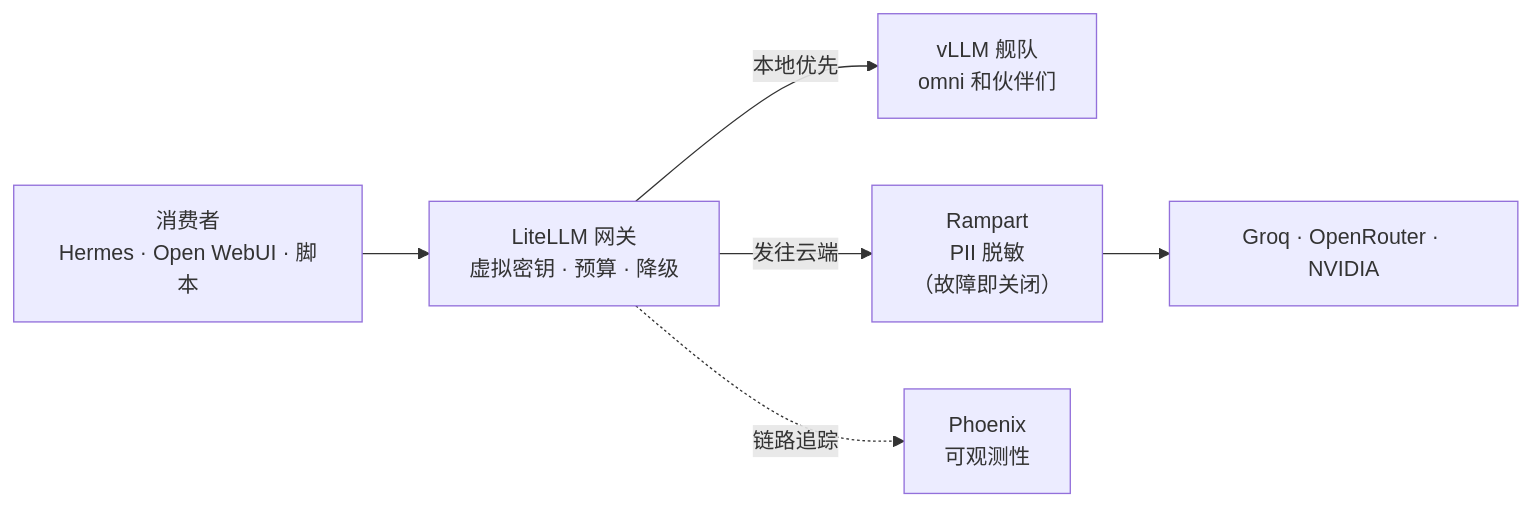
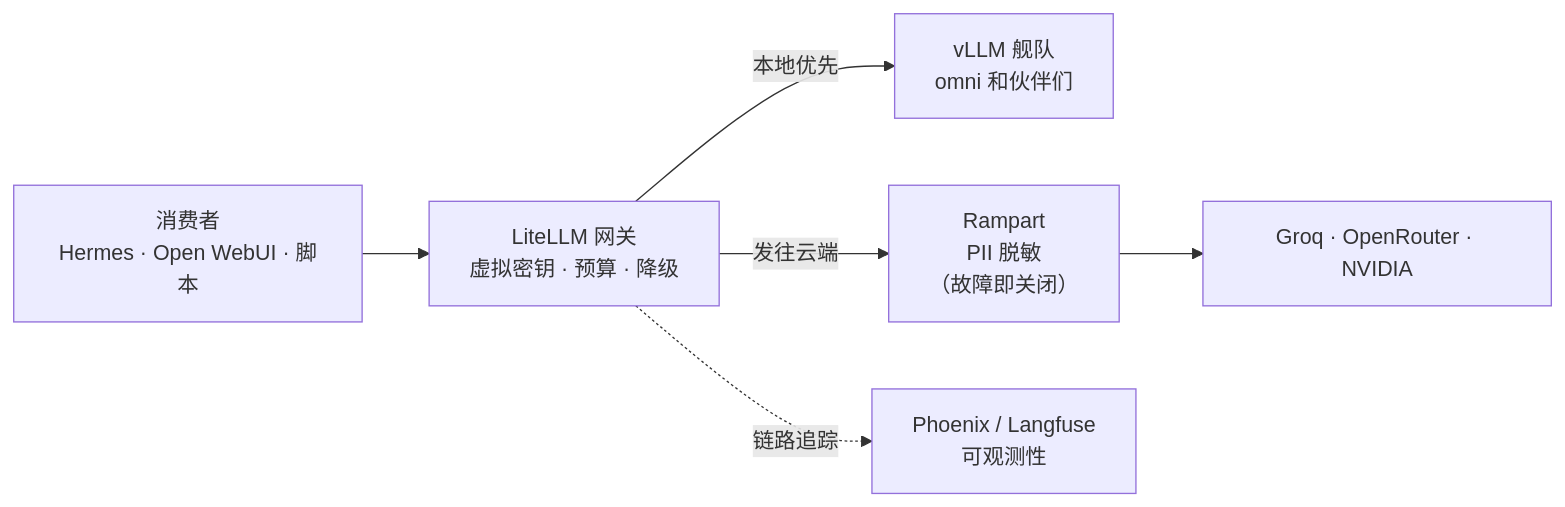
Before and after one commit to briancaffey/home-lab: the diagram in docs-site/i18n/zh-Hans/docusaurus-plugin-content-docs/current/ai/litellm.md, drawn with Mermaid. The commit also changed other lines of this file and 10 other files, not shown here.

````diff
--- a/docs-site/i18n/zh-Hans/docusaurus-plugin-content-docs/current/ai/litellm.md
+++ b/docs-site/i18n/zh-Hans/docusaurus-plugin-content-docs/current/ai/litellm.md
@@ -26,8 +26,8 @@
 ```mermaid
 flowchart LR
     consumers["消费者<br/>Hermes · Open WebUI · 脚本"] --> gw["LiteLLM 网关<br/>虚拟密钥 · 预算 · 降级"]
     gw -->|本地优先| vllm["vLLM 舰队<br/>omni 和伙伴们"]
     gw -->|发往云端| rampart["Rampart<br/>PII 脱敏<br/>（故障即关闭）"]
     rampart --> cloud["Groq · OpenRouter · NVIDIA"]
-    gw -.链路追踪.-> phoenix["Phoenix<br/>可观测性"]
+    gw -.链路追踪.-> phoenix["Phoenix / Langfuse<br/>可观测性"]
 ```
````
